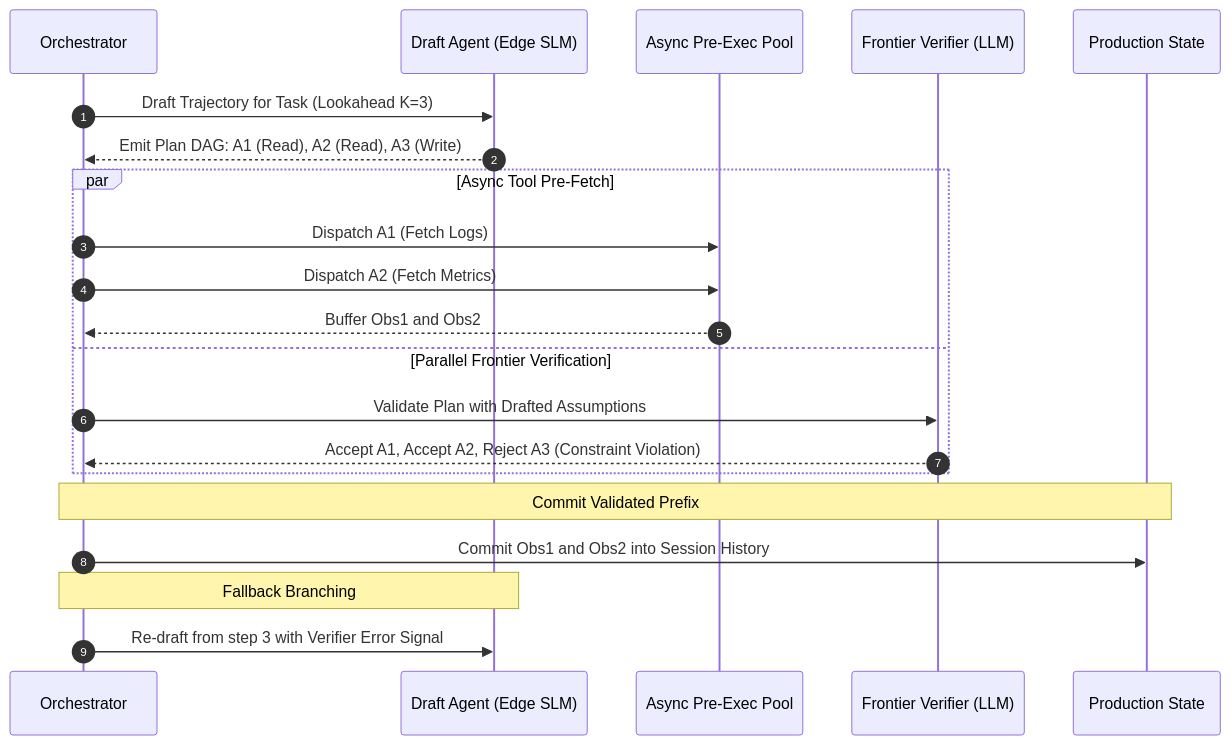
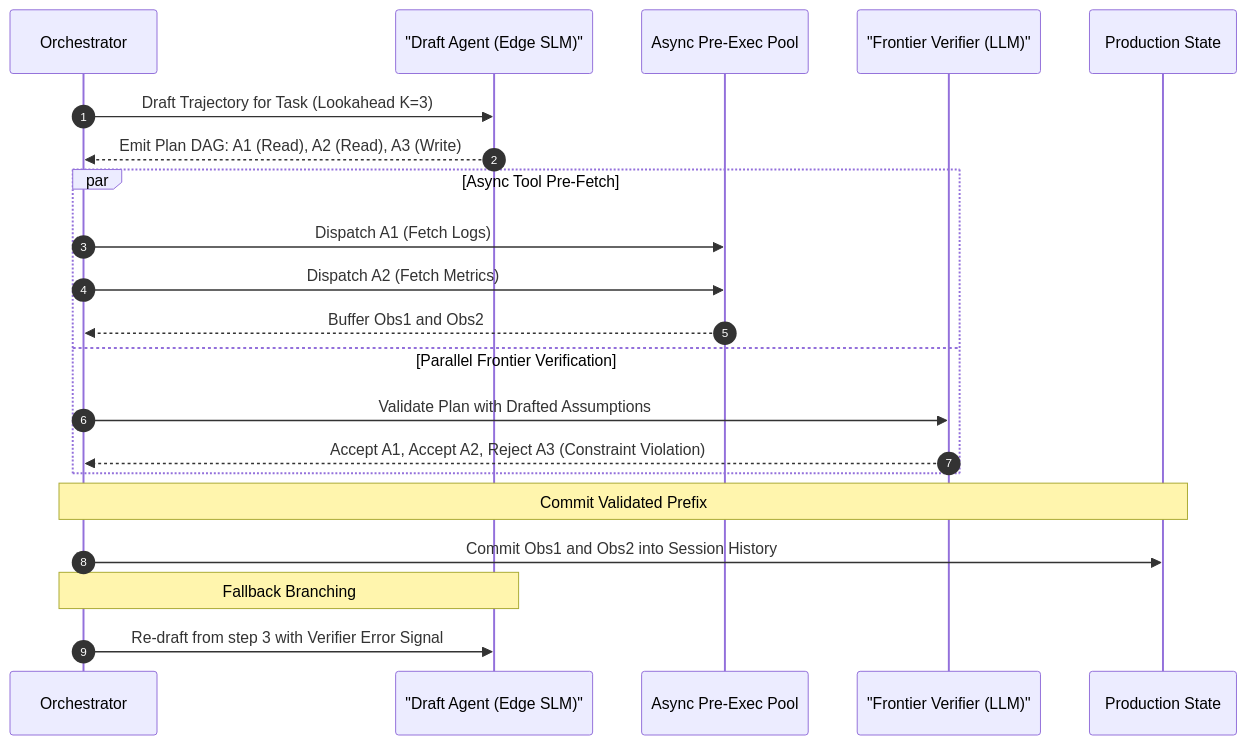
One commit to prethiv/Agentic-AI-Case-studies changed the second of 2 diagrams in case-studies/13-speculative-agent-execution/README.md. Above: the diagram before and after it, drawn with Mermaid. The commit also changed 12 other files, not shown here.

Commit message:
fix(mermaid): resolve syntax errors under Mermaid 11.17.2 and add diagram integrity unit tests

````diff
--- a/case-studies/13-speculative-agent-execution/README.md
+++ b/case-studies/13-speculative-agent-execution/README.md
@@ -118,26 +118,26 @@
 ```mermaid
 sequenceDiagram
     autonumber
     participant App as Orchestrator
-    participant SLM as Draft Agent (Edge SLM)
+    participant SLM as "Draft Agent (Edge SLM)"
     participant Shadow as Async Pre-Exec Pool
-    participant Verifier as Frontier Verifier (LLM)
+    participant Verifier as "Frontier Verifier (LLM)"
     participant Prod as Production State
 
     App->>SLM: Draft Trajectory for Task (Lookahead K=3)
     SLM-->>App: Emit Plan DAG: A1 (Read), A2 (Read), A3 (Write)
     
     par Async Tool Pre-Fetch
         App->>Shadow: Dispatch A1 (Fetch Logs)
         App->>Shadow: Dispatch A2 (Fetch Metrics)
         Shadow-->>App: Buffer Obs1 and Obs2
     and Parallel Frontier Verification
         App->>Verifier: Validate Plan with Drafted Assumptions
         Verifier-->>App: Accept A1, Accept A2, Reject A3 (Constraint Violation)
     end
 
     Note over App,Prod: Commit Validated Prefix
     App->>Prod: Commit Obs1 and Obs2 into Session History
     Note over App,SLM: Fallback Branching
     App->>SLM: Re-draft from step 3 with Verifier Error Signal
 ```
````
